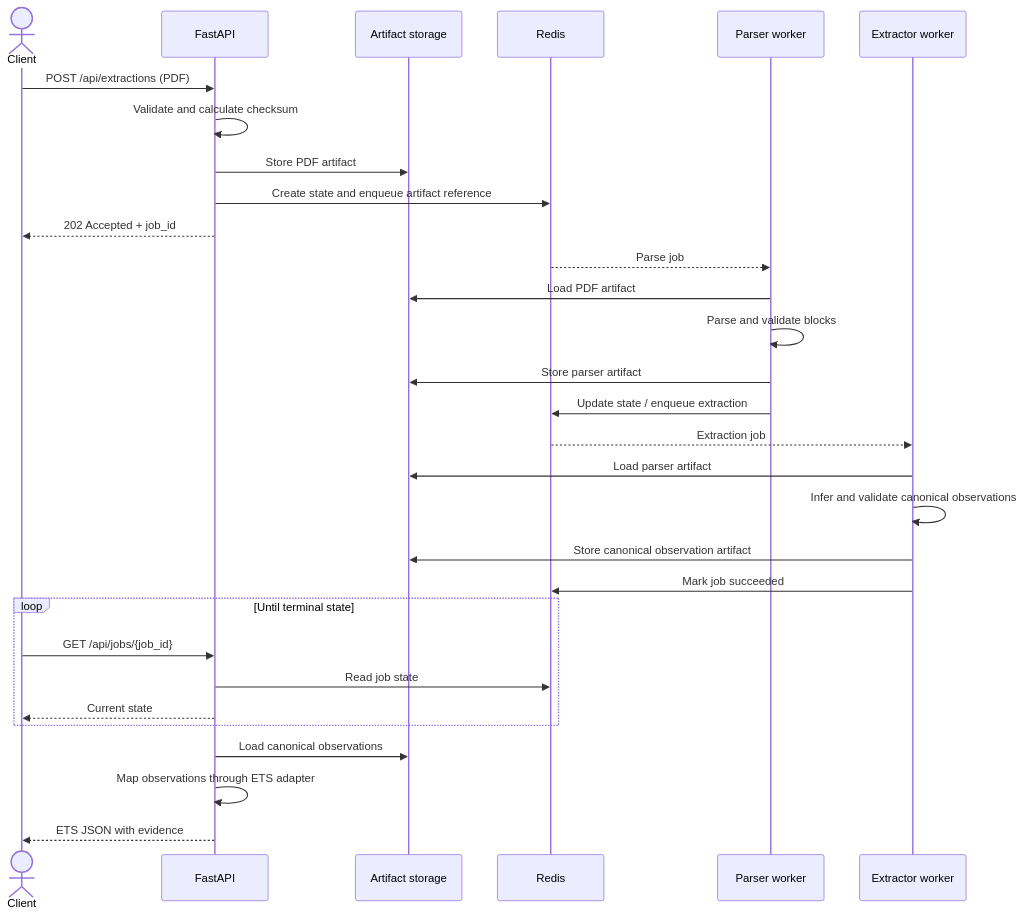
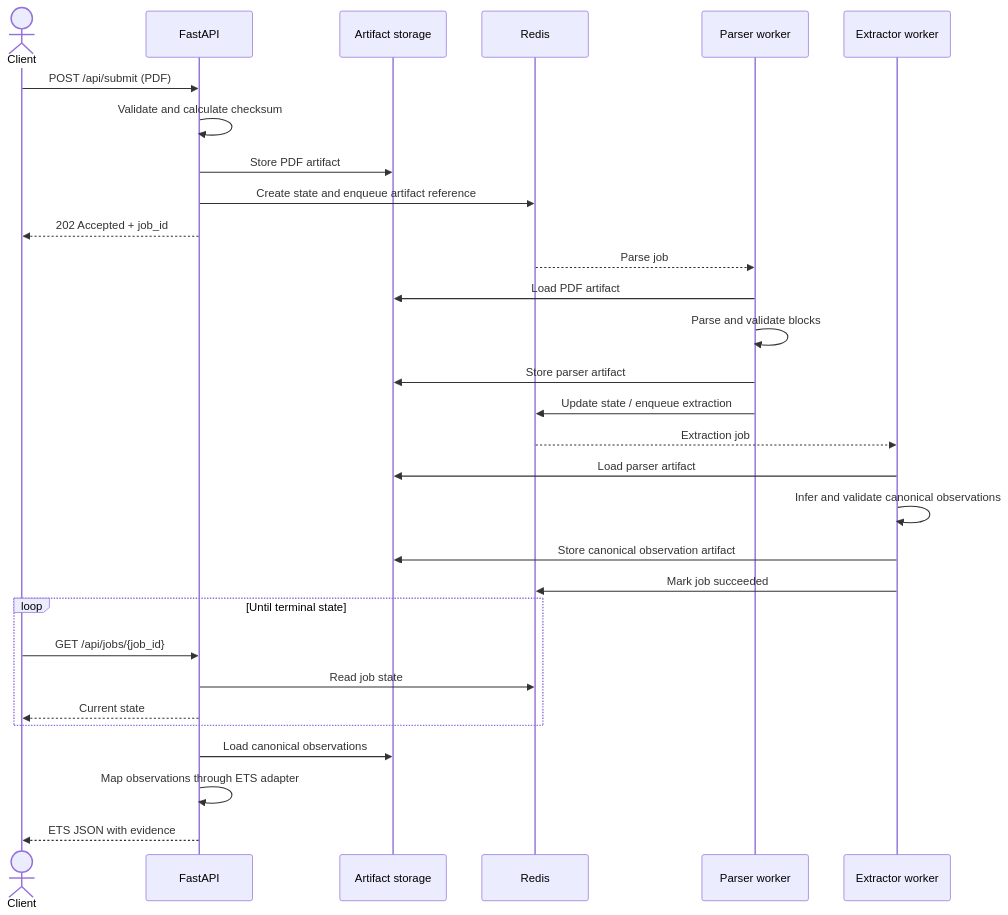
One commit to BioParser/BioParser changed the second of 4 diagrams in docs/architecture.md. Above: the diagram before and after it, drawn with Mermaid. The commit also changed other lines of this file, not shown here.

Commit message:
Rename API endpoint from /api/extractions to /api/submit (#70)

````diff
--- a/docs/architecture.md
+++ b/docs/architecture.md
@@ -83,37 +83,37 @@
 ```mermaid
 sequenceDiagram
     actor Client
     participant API as FastAPI
     participant Store as Artifact storage
     participant Redis
     participant Parser as Parser worker
     participant Extractor as Extractor worker
 
-    Client->>API: POST /api/extractions (PDF)
+    Client->>API: POST /api/submit (PDF)
     API->>API: Validate and calculate checksum
     API->>Store: Store PDF artifact
     API->>Redis: Create state and enqueue artifact reference
     API-->>Client: 202 Accepted + job_id
 
     Redis-->>Parser: Parse job
     Parser->>Store: Load PDF artifact
     Parser->>Parser: Parse and validate blocks
     Parser->>Store: Store parser artifact
     Parser->>Redis: Update state / enqueue extraction
 
     Redis-->>Extractor: Extraction job
     Extractor->>Store: Load parser artifact
     Extractor->>Extractor: Infer and validate canonical observations
     Extractor->>Store: Store canonical observation artifact
     Extractor->>Redis: Mark job succeeded
 
     loop Until terminal state
         Client->>API: GET /api/jobs/{job_id}
         API->>Redis: Read job state
         API-->>Client: Current state
     end
 
     API->>Store: Load canonical observations
     API->>API: Map observations through ETS adapter
     API-->>Client: ETS JSON with evidence
 ```
````
